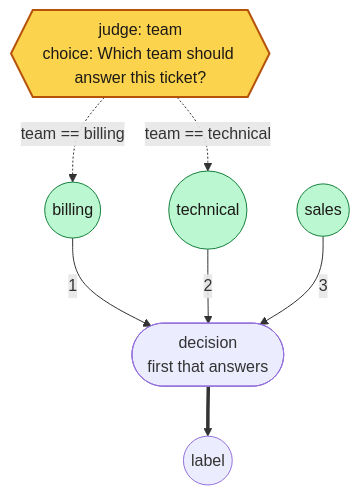
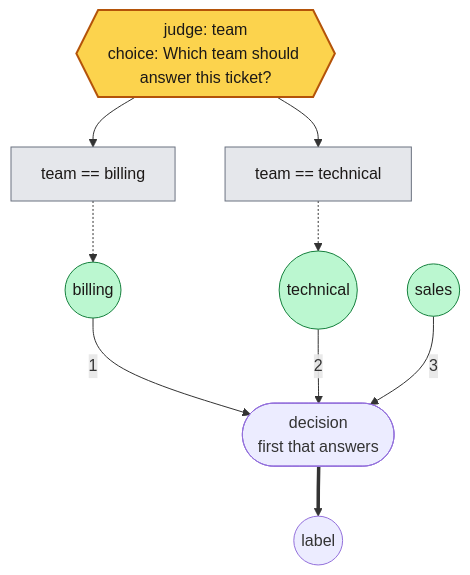
Before and after one commit to MCERQUA/rulesmith: the eighth of 8 diagrams in README.md, drawn with Mermaid. The commit also changed other lines of this file and 3 other files, not shown here.

First line of the commit message:
Draw every condition as a box, and every graph in the README with draw

````diff
--- a/README.md
+++ b/README.md
@@ -861,19 +895,25 @@
 ```mermaid
 flowchart TD
     n0{{"judge: team<br/>choice: Which team should answer this ticket?"}}
     n1(("billing"))
     n2(("technical"))
     n3(("sales"))
     n4(["decision<br/>first that answers"])
-    n0 -.->|"team == billing"| n1
-    n0 -.->|"team == technical"| n2
+    c0["team == billing"]
+    n0 --> c0
+    c0 -.-> n1
+    c1["team == technical"]
+    n0 --> c1
+    c1 -.-> n2
     n1 -->|"1"| n4
     n2 -->|"2"| n4
     n3 -->|"3"| n4
     o0(("label"))
     n4 ==> o0
     classDef judge fill:#fcd34d,stroke:#b45309,stroke-width:2px,color:#1c1917
     class n0 judge
     classDef rule fill:#bbf7d0,stroke:#15803d,color:#1c1917
     class n1,n2,n3 rule
+    classDef condition fill:#e5e7eb,stroke:#6b7280,color:#1c1917
+    class c0,c1 condition
 ```
````
